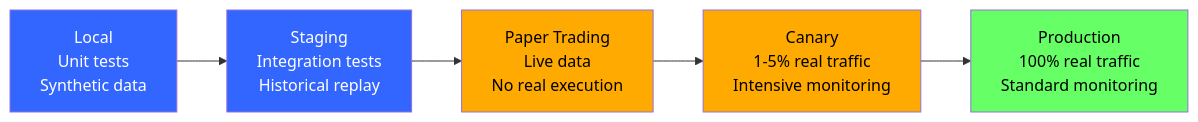
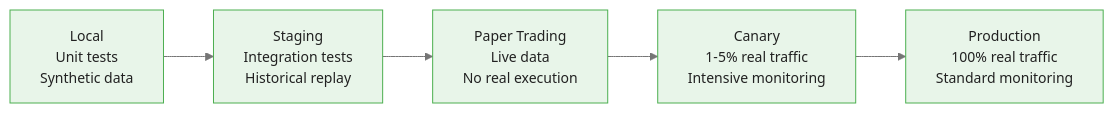
Before and after one commit to m-deane/course-creator: the third of 4 diagrams in courses/multi-armed-bandits-ab-testing/modules/module_07_production_systems/guides/cheatsheet_slides.md, drawn with Mermaid. The commit also changed other lines of this file and 146 other files, not shown here.

````diff
--- a/courses/multi-armed-bandits-ab-testing/modules/module_07_production_systems/guides/cheatsheet_slides.md
+++ b/courses/multi-armed-bandits-ab-testing/modules/module_07_production_systems/guides/cheatsheet_slides.md
@@ -211,13 +248,8 @@
 ```mermaid
+%%{init: {"theme": "base", "themeVariables": {"primaryColor": "#e8f5e9", "primaryBorderColor": "#4caf50", "primaryTextColor": "#212121", "secondaryColor": "#e3f2fd", "tertiaryColor": "#fff8e1", "lineColor": "#757575", "fontFamily": "Inter, sans-serif", "fontSize": "14px"}}}%%
 flowchart LR
     Local["Local<br/>Unit tests<br/>Synthetic data"] --> Staging["Staging<br/>Integration tests<br/>Historical replay"]
     Staging --> Paper["Paper Trading<br/>Live data<br/>No real execution"]
     Paper --> Canary["Canary<br/>1-5% real traffic<br/>Intensive monitoring"]
     Canary --> Prod["Production<br/>100% real traffic<br/>Standard monitoring"]
-
-    style Local fill:#36f,color:#fff
-    style Staging fill:#36f,color:#fff
-    style Paper fill:#fa0,color:#000
-    style Canary fill:#fa0,color:#000
-    style Prod fill:#6f6,color:#000
 ```
````
